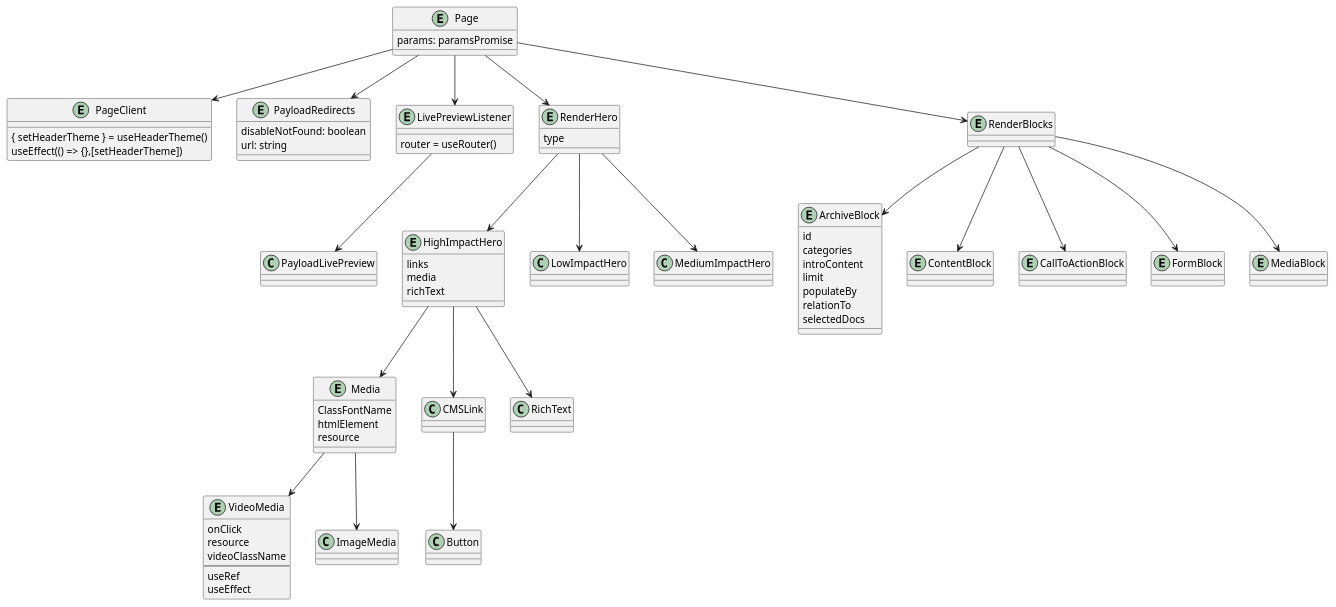
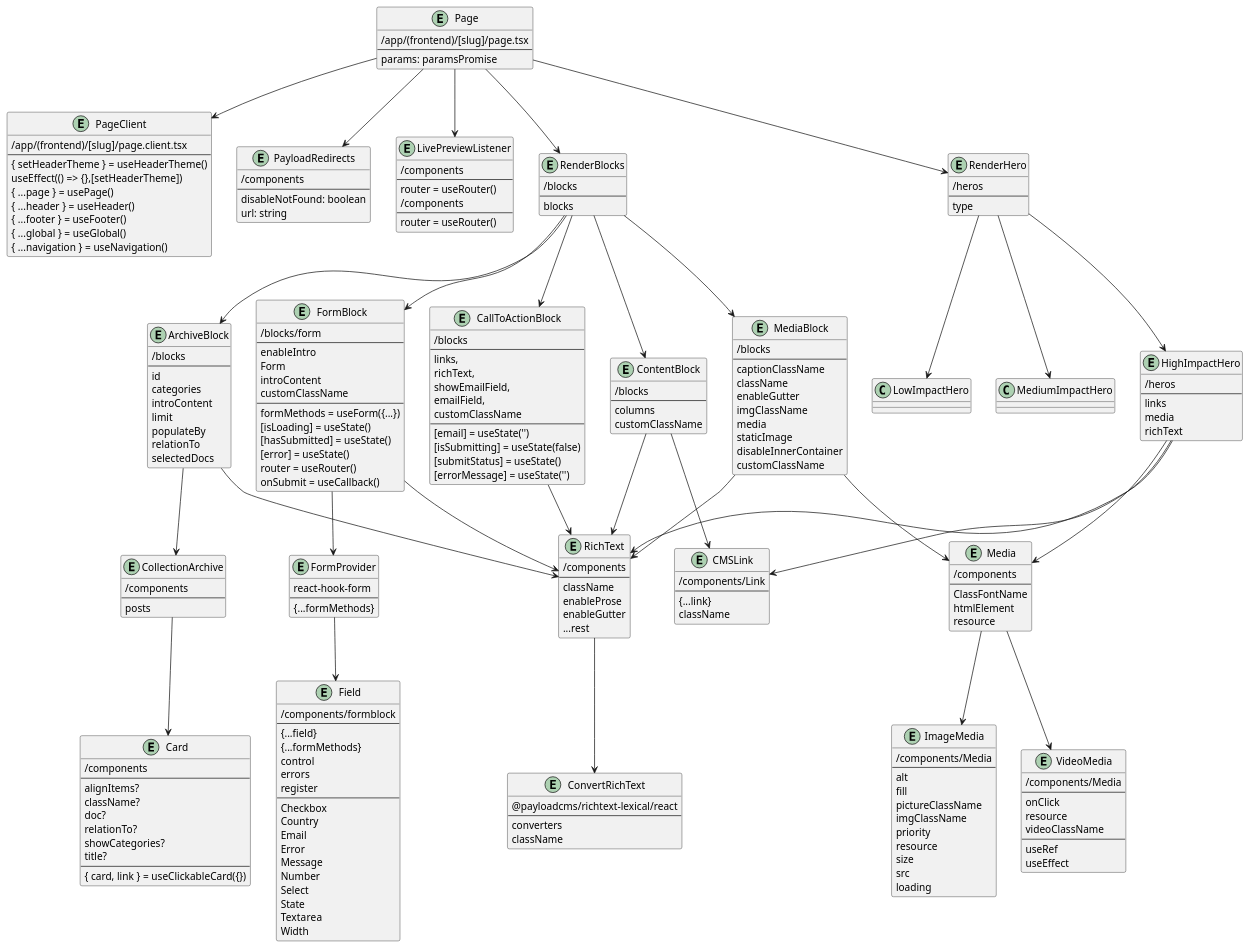
The diagram in documentation/homepage.puml (luklambrechts/d20250814payload), drawn with PlantUML before and after one commit. The commit also changed 1 other file, not shown here.

Commit message:
componenten schema aangepast

```diff
--- a/documentation/homepage.puml
+++ b/documentation/homepage.puml
@@ -1,34 +1,72 @@
 @startuml homepage
 entity Page {
+  /app/(frontend)/[slug]/page.tsx
+  --
   params: paramsPromise
 }
 entity PageClient {
+  /app/(frontend)/[slug]/page.client.tsx
+  --
   { setHeaderTheme } = useHeaderTheme()
   useEffect(() => {},[setHeaderTheme])
+  { ...page } = usePage()
+  { ...header } = useHeader()
+  { ...footer } = useFooter()
+  { ...global } = useGlobal()
+  { ...navigation } = useNavigation()
 }
 entity PayloadRedirects {
+  /components 
+  --
   disableNotFound: boolean
   url: string
 }
 entity LivePreviewListener {
+  /components
+  --
+  router = useRouter()
+}
+entity LivePreviewListener {
+  /components
+  --
   router = useRouter()
 }
 entity RenderHero {
+  /heros 
+  --
   type
 }
 entity HighImpactHero {
+  /heros
+  --
   links
   media
   richText
 }
 
 entity Media {
+  /components 
+  --
   ClassFontName
   htmlElement
   resource
 }
-
+entity ImageMedia {
+  /components/Media
+  --
+  alt
+  fill
+  pictureClassName
+  imgClassName
+  priority
+  resource
+  size
+  src
+  loading
+}
 entity VideoMedia {
+  /components/Media
+  --
   onClick
   resource
   videoClassName
@@ -36,8 +74,14 @@
   useRef
   useEffect
 }
-entity RenderBlocks
+entity RenderBlocks {
+  /blocks
+  --
+  blocks
+}
 entity ArchiveBlock {
+  /blocks 
+  --
   id
   categories
   introContent
@@ -46,31 +90,151 @@
   relationTo
   selectedDocs
 }
-entity ContentBlock
-entity CallToActionBlock
-entity FormBlock
-entity MediaBlock
+entity CMSLink {
+  /components/Link
+  --
+  {...link}
+  className
+}
+entity RichText {
+  /components 
+  --
+  className
+  enableProse
+  enableGutter
+  ...rest
+}
+entity ConvertRichText {
+  @payloadcms/richtext-lexical/react
+  --
+  converters
+  className
+}
+entity CollectionArchive {
+  /components 
+  --
+  posts
+}
+entity Card {
+  /components 
+  --
+  alignItems?
+  className?
+  doc?
+  relationTo?
+  showCategories?
+  title?
+  --
+  { card, link } = useClickableCard({})
+}
+entity ContentBlock {
+  /blocks
+  --
+  columns
+  customClassName
+}
+entity CallToActionBlock {
+  /blocks
+  --
+  links,
+  richText,
+  showEmailField,
+  emailField,
+  customClassName
+  --
+  [email] = useState('')
+  [isSubmitting] = useState(false)
+  [submitStatus] = useState()
+  [errorMessage] = useState('')
+}
+entity FormBlock {
+  /blocks/form
+  --
+  enableIntro
+  Form
+  introContent
+  customClassName
+  --
+  formMethods = useForm({...})
+  [isLoading] = useState()
+  [hasSubmitted] = useState()
+  [error] = useState()
+  router = useRouter()
+  onSubmit = useCallback()
+}
+entity MediaBlock {
+  /blocks
+  --
+  captionClassName
+  className
+  enableGutter
+  imgClassName
+  media
+  staticImage
+  disableInnerContainer
+  customClassName
+}
+entity FormProvider {
+  react-hook-form
+  --
+  {...formMethods}
+}
+entity Field {
+  /components/formblock
+  --
+  {...field}
+  {...formMethods}
+  control
+  errors
+  register
+  --
+  Checkbox 
+  Country
+  Email
+  Error 
+  Message 
+  Number
+  Select 
+  State 
+  Textarea
+  Width
+}
 
 
 Page --> PageClient
 Page --> PayloadRedirects
 Page --> LivePreviewListener
 Page --> RenderHero
+
 RenderHero --> HighImpactHero
 RenderHero --> LowImpactHero
 RenderHero --> MediumImpactHero
 HighImpactHero --> CMSLink
-CMSLink --> Button
 HighImpactHero --> Media
 Media --> VideoMedia
 Media --> ImageMedia
 HighImpactHero --> RichText
+RichText --> ConvertRichText
 Page --> RenderBlocks
 RenderBlocks --> ArchiveBlock
 RenderBlocks --> ContentBlock
 RenderBlocks --> CallToActionBlock
 RenderBlocks --> FormBlock
 RenderBlocks --> MediaBlock
-LivePreviewListener --> PayloadLivePreview
+ArchiveBlock --> RichText
+ArchiveBlock --> CollectionArchive
+CollectionArchive --> Card
+ContentBlock --> RichText
+ContentBlock --> CMSLink
+MediaBlock --> Media
+MediaBlock --> RichText
+FormBlock --> RichText
+FormBlock -->FormProvider
+FormProvider --> Field
+CallToActionBlock --> RichText
+
+
+
+
 
 @enduml
```
